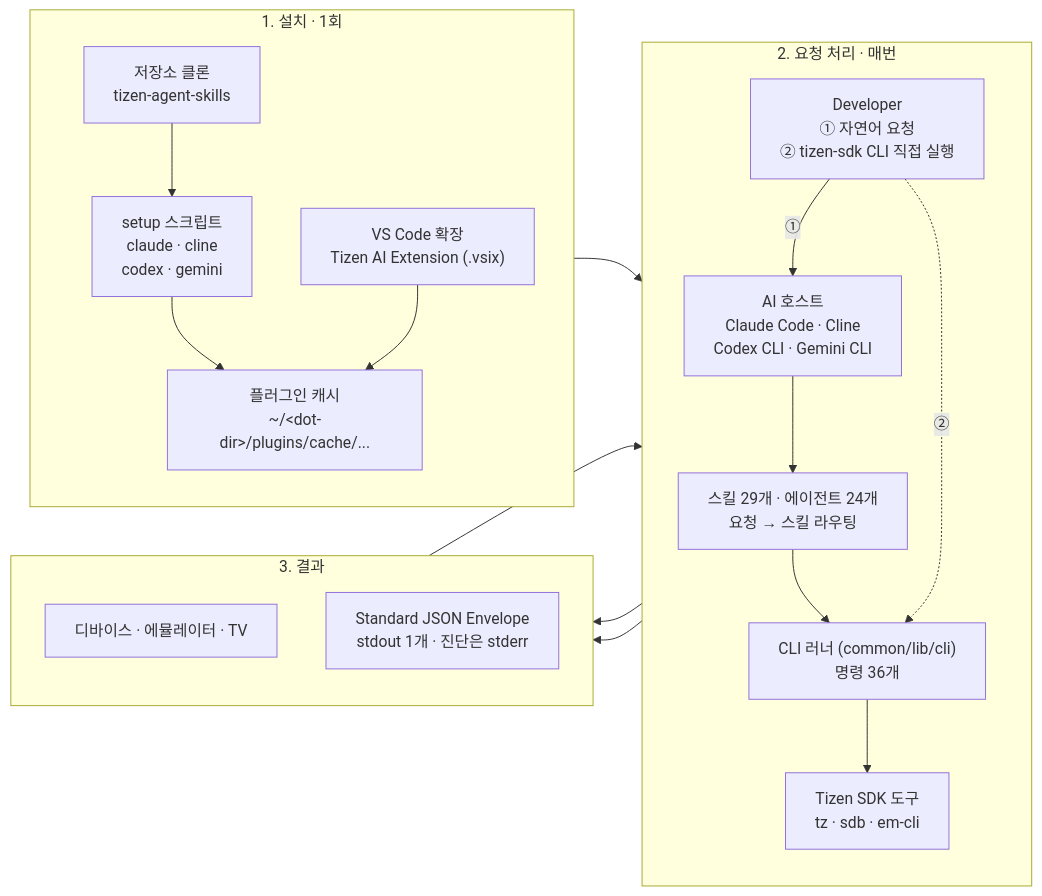
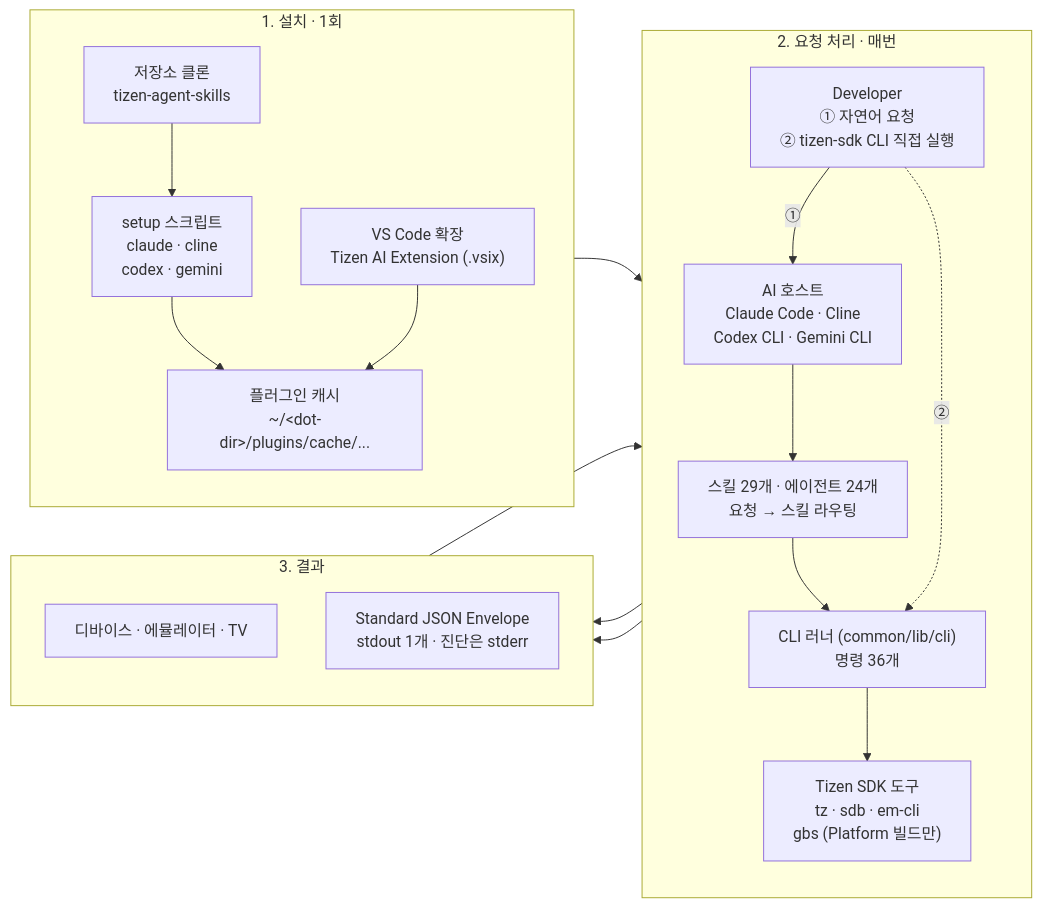
The first of 2 diagrams in tizen-sdk-skills/quick-guide.ko.md (Samsung/tizen-agent-skills), drawn with Mermaid before and after one commit. The commit also changed 3 other files, not shown here.

First line of the commit message:
docs(tizen-sdk-skills): name the tz CLI in the README, list gbs in the quick guide

````diff
--- a/tizen-sdk-skills/quick-guide.ko.md
+++ b/tizen-sdk-skills/quick-guide.ko.md
@@ -11,33 +11,33 @@
 ```mermaid
 flowchart LR
     subgraph S1["1. 설치 · 1회"]
         direction TB
         Clone["저장소 클론<br/>tizen-agent-skills"] --> Setup["setup 스크립트<br/>claude · cline<br/>codex · gemini"]
         VSIX["VS Code 확장<br/>Tizen AI Extension (.vsix)"]
         Setup --> Cache["플러그인 캐시<br/>~/&lt;dot-dir&gt;/plugins/cache/..."]
         VSIX --> Cache
     end
 
     subgraph S2["2. 요청 처리 · 매번"]
         direction TB
         Dev["Developer<br/>① 자연어 요청<br/>② tizen-sdk CLI 직접 실행"]
         Host["AI 호스트<br/>Claude Code · Cline<br/>Codex CLI · Gemini CLI"]
         Skill["스킬 29개 · 에이전트 24개<br/>요청 → 스킬 라우팅"]
         Runner["CLI 러너 (common/lib/cli)<br/>명령 36개"]
-        Tools["Tizen SDK 도구<br/>tz · sdb · em-cli"]
+        Tools["Tizen SDK 도구<br/>tz · sdb · em-cli<br/>gbs (Platform 빌드만)"]
         Dev -->|①| Host --> Skill --> Runner
         Dev -.->|②| Runner
         Runner --> Tools
     end
 
     subgraph S3["3. 결과"]
         direction TB
         Target["디바이스 · 에뮬레이터 · TV"]
         Env["Standard JSON Envelope<br/>stdout 1개 · 진단은 stderr"]
     end
 
     Cache --> Skill
     Tools --> Target
     Runner --> Env
     Env --> Host
 ```
````
